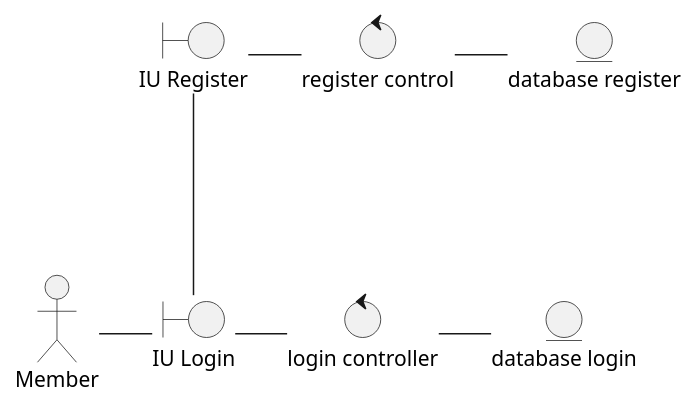
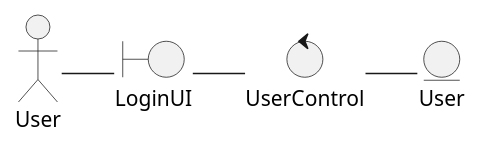
The diagram in docs/scenariosView/UC - Analysis Diagrams/uc1-Login-Analysis.plantuml (Candrixx/Proyecto_Ing_Software_Equipo_3), drawn with PlantUML before and after one commit. The commit also changed other lines of this file and 18 other files, not shown here.

Commit message:
Diagram Class of Analisys and Package

```diff
--- a/docs/scenariosView/UC - Analysis Diagrams/uc1-Login-Analysis.plantuml
+++ b/docs/scenariosView/UC - Analysis Diagrams/uc1-Login-Analysis.plantuml
@@ -1,18 +1,12 @@
 @startuml uc1_Login
-:Member: as actor
-boundary "IU Login" as interface
-boundary "IU Register" as interface2
-control "login controller" as controller
-control "register control" as control
-entity "database login" as database
-entity "database register" as database2
+:User: as actor
+boundary "LoginUI" as interface
+control "UserControl" as controller
+entity "User" as database
 
 'connections
 actor -r-- interface
-interface -u-- interface2
 interface -r-- controller
 controller -r-- database
-interface2 -r-- control
-control -r-- database2
 
 @enduml
```
